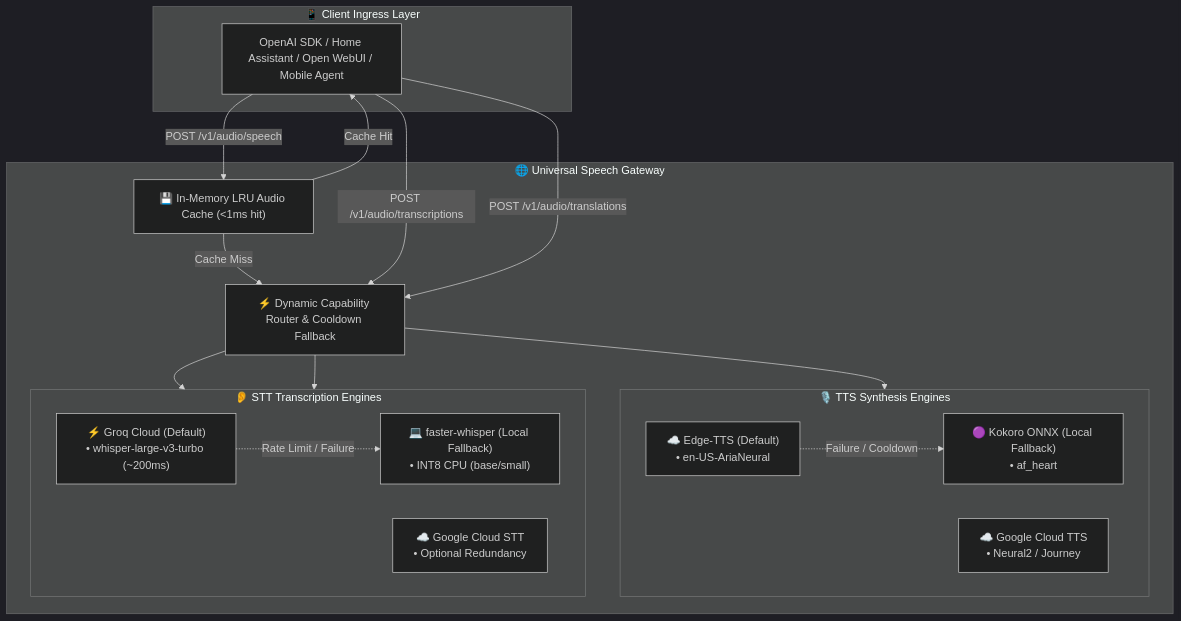
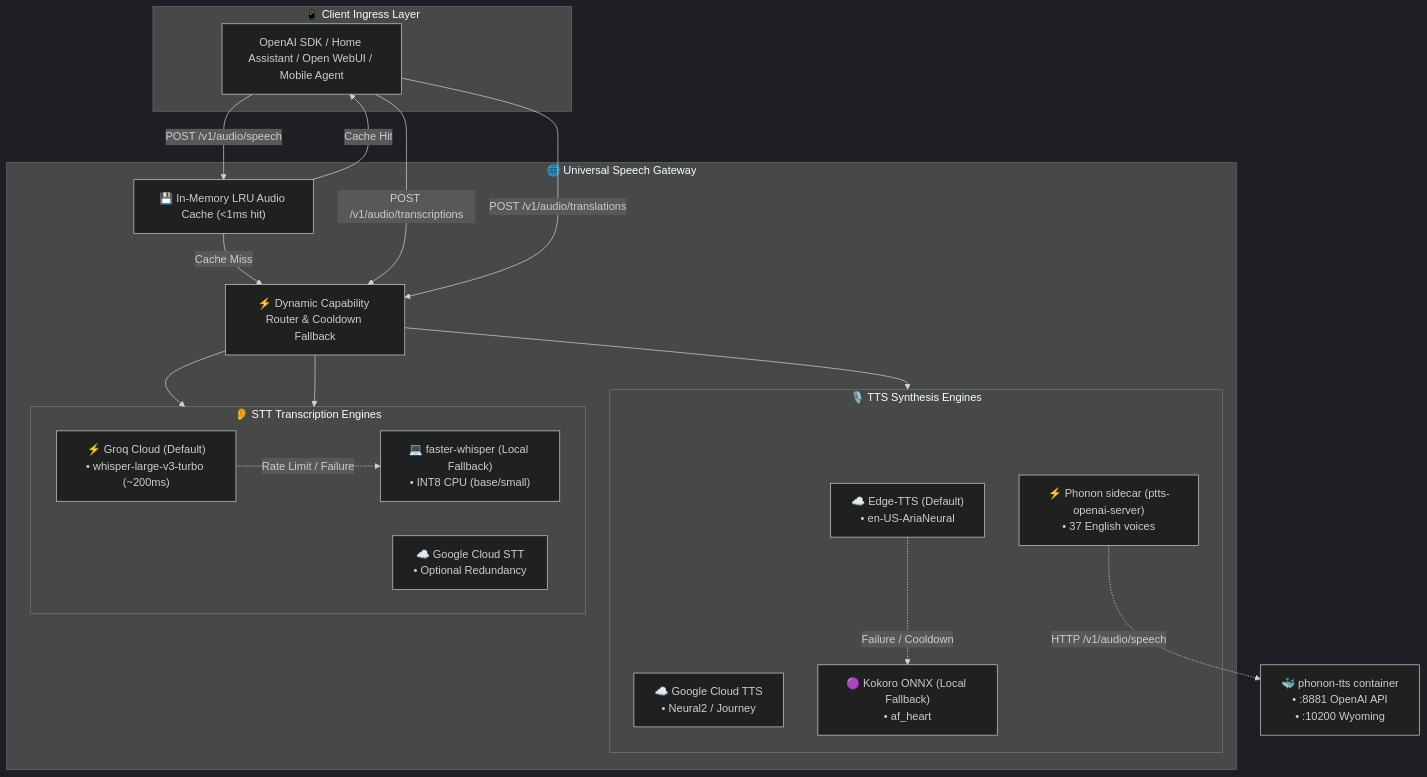
Before and after one commit to binuengoor/universal-speech: the diagram in README.md, drawn with Mermaid (dark theme). The commit also changed other lines of this file and 8 other files, not shown here.

First line of the commit message:
feat(tts): add Phonon (Gradium) sidecar engine

````diff
--- a/README.md
+++ b/README.md
@@ -31,33 +32,35 @@
 ```mermaid
 graph TD
     subgraph Client_Tier["📱 Client Ingress Layer"]
         Client["OpenAI SDK / Home Assistant / Open WebUI / Mobile Agent"]
     end
 
     subgraph Gateway_Core["🌐 Universal Speech Gateway"]
         Router["⚡ Dynamic Capability Router & Cooldown Fallback"]
         Cache["💾 In-Memory LRU Audio Cache (<1ms hit)"]
         
         subgraph TTS_Drivers["🎙️ TTS Synthesis Engines"]
             EdgeEngine["☁️ Edge-TTS (Default)<br>• en-US-AriaNeural"]
             GoogleTTSEngine["☁️ Google Cloud TTS<br>• Neural2 / Journey"]
             KokoroEngine["🟣 Kokoro ONNX (Local Fallback)<br>• af_heart"]
+            PhononEngine["⚡ Phonon sidecar (ptts-openai-server)<br>• 37 English voices"]
         end
 
         subgraph STT_Drivers["👂 STT Transcription Engines"]
             GroqEngine["⚡ Groq Cloud (Default)<br>• whisper-large-v3-turbo (~200ms)"]
             LocalWhisperEngine["💻 faster-whisper (Local Fallback)<br>• INT8 CPU (base/small)"]
             GoogleSTTEngine["☁️ Google Cloud STT<br>• Optional Redundancy"]
         end
     end
 
     Client -->|POST /v1/audio/speech| Cache
     Cache -->|Cache Hit| Client
     Cache -->|Cache Miss| Router --> TTS_Drivers
 
     Client -->|POST /v1/audio/transcriptions| Router --> STT_Drivers
     Client -->|POST /v1/audio/translations| Router --> STT_Drivers
 
     EdgeEngine -.->|Failure / Cooldown| KokoroEngine
+    PhononEngine -.->|HTTP /v1/audio/speech| PhononSidecar["🐳 phonon-tts container<br>• :8881 OpenAI API<br>• :10200 Wyoming"]
     GroqEngine -.->|Rate Limit / Failure| LocalWhisperEngine
 ```
````
